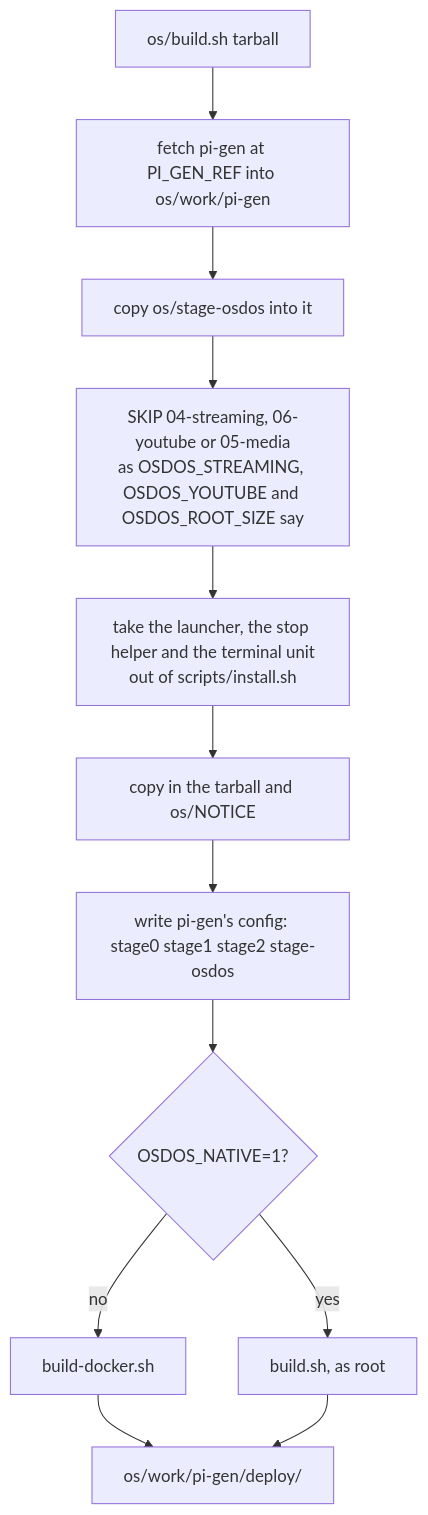
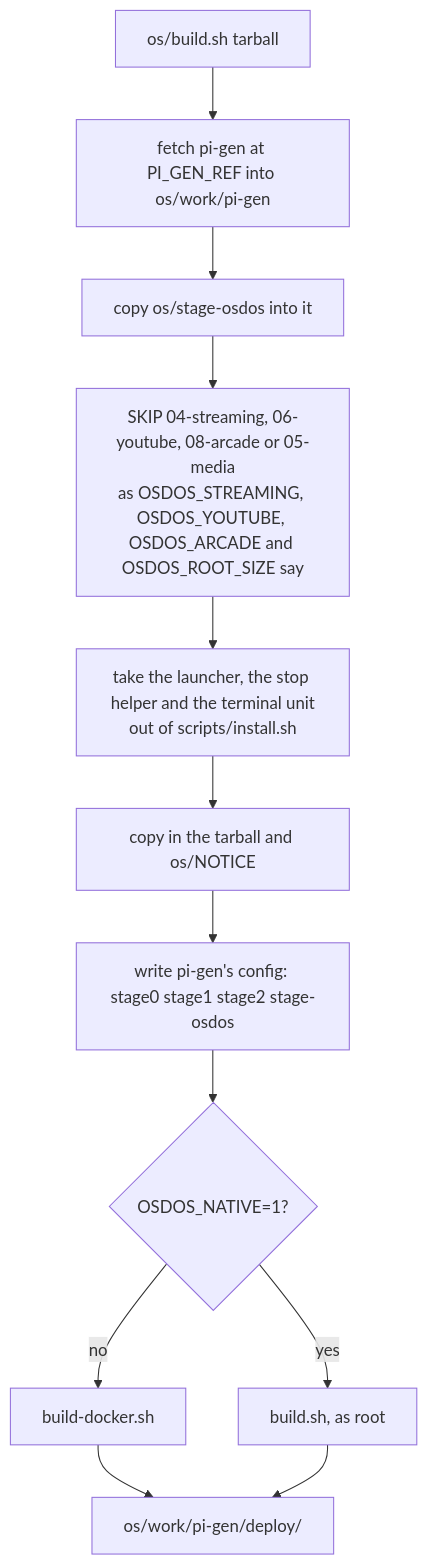
One commit to mehmetraif/OSD-OS changed the third of 3 diagrams in docs/wiki/The-OSD-OS-Image.md. Above: the diagram before and after it, drawn with Mermaid. The commit also changed other lines of this file and 4 other files, not shown here.

````diff
--- a/docs/wiki/The-OSD-OS-Image.md
+++ b/docs/wiki/The-OSD-OS-Image.md
@@ -756,14 +762,14 @@
 ```mermaid
 flowchart TD
     A["os/build.sh tarball"] --> B["fetch pi-gen at PI_GEN_REF into os/work/pi-gen"]
     B --> C["copy os/stage-osdos into it"]
-    C --> D["SKIP 04-streaming, 06-youtube or 05-media<br/>as OSDOS_STREAMING, OSDOS_YOUTUBE and OSDOS_ROOT_SIZE say"]
+    C --> D["SKIP 04-streaming, 06-youtube, 08-arcade or 05-media<br/>as OSDOS_STREAMING, OSDOS_YOUTUBE, OSDOS_ARCADE and OSDOS_ROOT_SIZE say"]
     D --> E["take the launcher, the stop helper and the terminal unit<br/>out of scripts/install.sh"]
     E --> F["copy in the tarball and os/NOTICE"]
     F --> G["write pi-gen's config: stage0 stage1 stage2 stage-osdos"]
     G --> H{"OSDOS_NATIVE=1?"}
     H -- no --> I["build-docker.sh"]
     H -- yes --> J["build.sh, as root"]
     I --> K["os/work/pi-gen/deploy/"]
     J --> K
 ```
````
